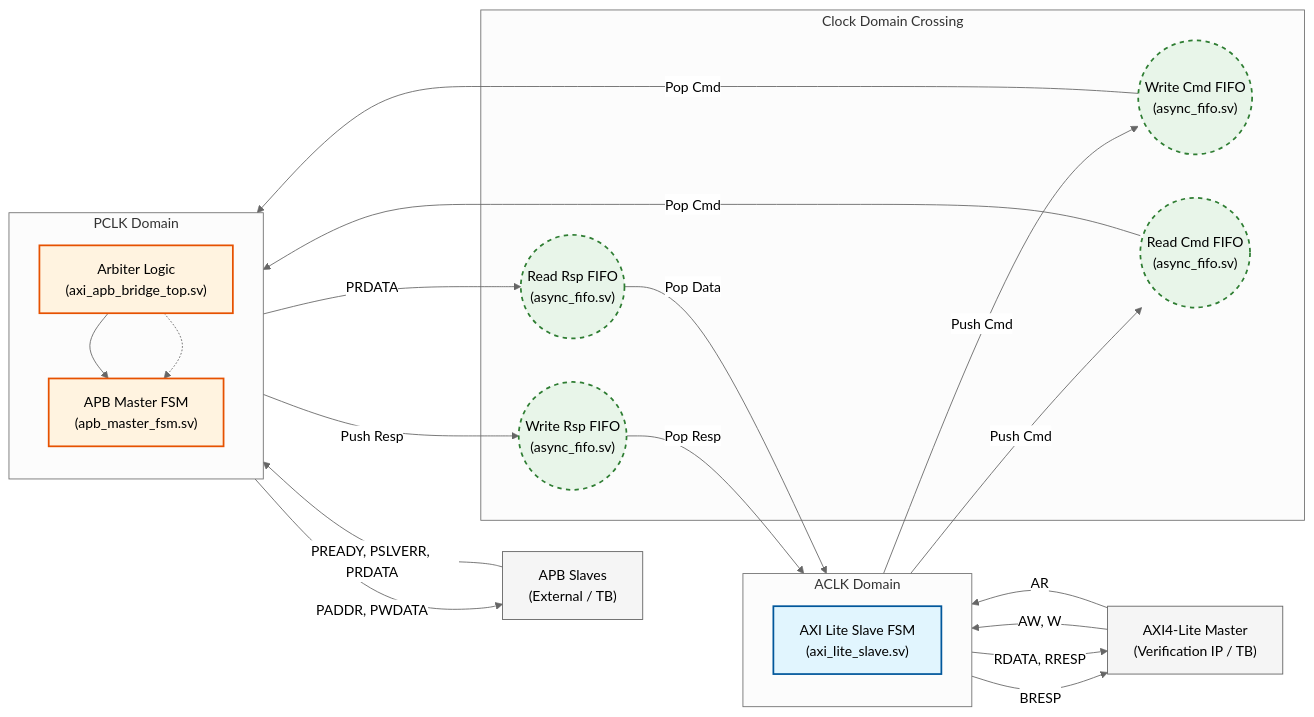
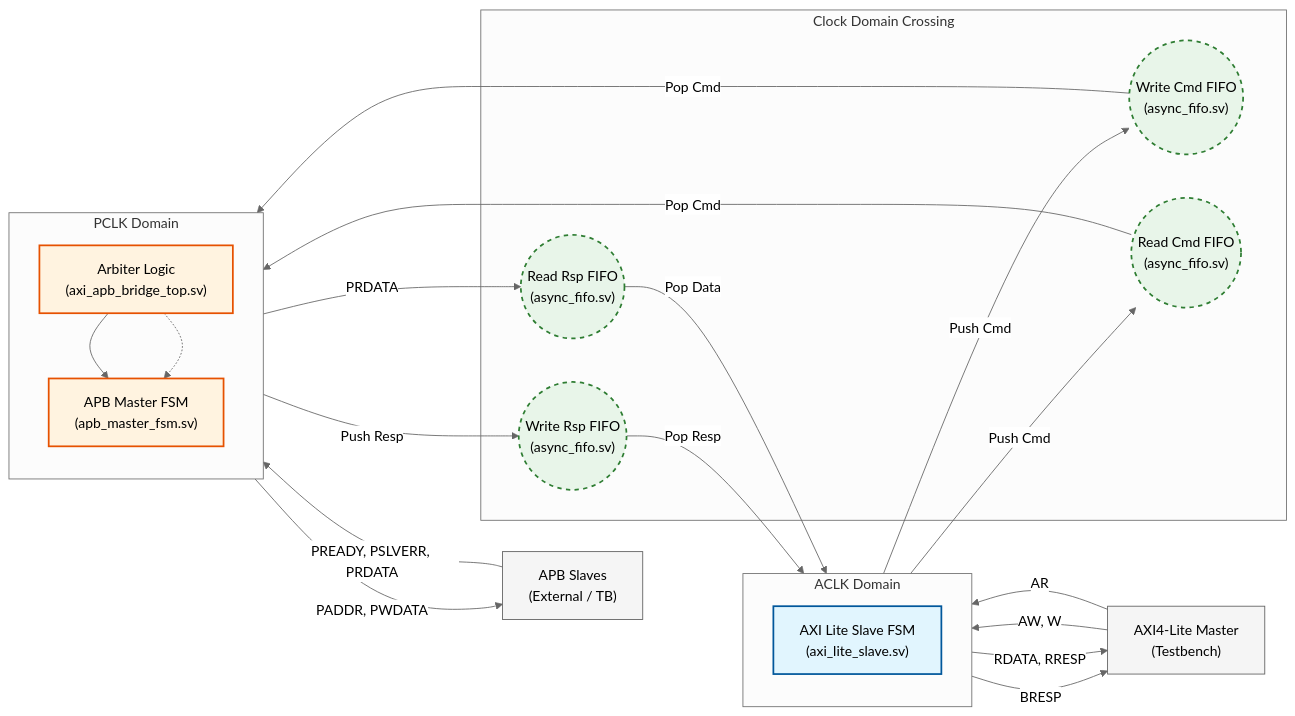
Before and after one commit to noammalca1/AXI4-Lite-to-APB-Bridge-with-Asynchronous-CDC: the diagram in README.md, drawn with Mermaid (neutral theme).

````diff
--- a/README.md
+++ b/README.md
@@ -6,57 +6,57 @@
 ```mermaid
 graph LR
     %% Styles
     classDef aclk fill:#e1f5fe,stroke:#01579b,stroke-width:2px,color:black;
     classDef pclk fill:#fff3e0,stroke:#e65100,stroke-width:2px,color:black;
     classDef fifo fill:#e8f5e9,stroke:#2e7d32,stroke-width:2px,stroke-dasharray: 5 5,color:black;
     classDef ext fill:#f5f5f5,stroke:#616161,stroke-width:1px,color:black;
 
     %% External Interfaces
-    AXI_Master["AXI4-Lite Master<br/>(Verification IP / TB)"]:::ext
+    AXI_Master["AXI4-Lite Master<br/>(Testbench)"]:::ext
     APB_Slaves["APB Slaves<br/>(External / TB)"]:::ext
 
     %% ACLK Domain Subgraph
     subgraph ACLK_Domain [ACLK Domain]
         direction TB
         AXI_Slave["AXI Lite Slave FSM<br/>(axi_lite_slave.sv)"]:::aclk
     end
 
     %% PCLK Domain Subgraph
     subgraph PCLK_Domain [PCLK Domain]
         direction TB
         Arbiter["Arbiter Logic<br/>(axi_apb_bridge_top.sv)"]:::pclk
         APB_FSM["APB Master FSM<br/>(apb_master_fsm.sv)"]:::pclk
     end
 
     %% FIFOs (CDC)
     subgraph CDC [Clock Domain Crossing]
         WrCmd_FIFO(("Write Cmd FIFO<br/>(async_fifo.sv)")):::fifo
         RdCmd_FIFO(("Read Cmd FIFO<br/>(async_fifo.sv)")):::fifo
         WrRsp_FIFO(("Write Rsp FIFO<br/>(async_fifo.sv)")):::fifo
         RdRsp_FIFO(("Read Rsp FIFO<br/>(async_fifo.sv)")):::fifo
     end
 
     %% Flow Connections - Write Path
     AXI_Master -- AW, W --> AXI_Slave
     AXI_Slave -- Push Cmd --> WrCmd_FIFO
     WrCmd_FIFO -- Pop Cmd --> Arbiter
     Arbiter --> APB_FSM
     APB_FSM -- PADDR, PWDATA --> APB_Slaves
     
     %% --- השינוי כאן: הוספתי את PRDATA ---
     APB_Slaves -- PREADY, PSLVERR, PRDATA --> APB_FSM
     %% ------------------------------------
 
     APB_FSM -- Push Resp --> WrRsp_FIFO
     WrRsp_FIFO -- Pop Resp --> AXI_Slave
     AXI_Slave -- BRESP --> AXI_Master
 
     %% Flow Connections - Read Path
     AXI_Master -- AR --> AXI_Slave
     AXI_Slave -- Push Cmd --> RdCmd_FIFO
     RdCmd_FIFO -- Pop Cmd --> Arbiter
     Arbiter -.-> APB_FSM
     APB_FSM -- PRDATA --> RdRsp_FIFO
     RdRsp_FIFO -- Pop Data --> AXI_Slave
     AXI_Slave -- RDATA, RRESP --> AXI_Master
 ```
````
